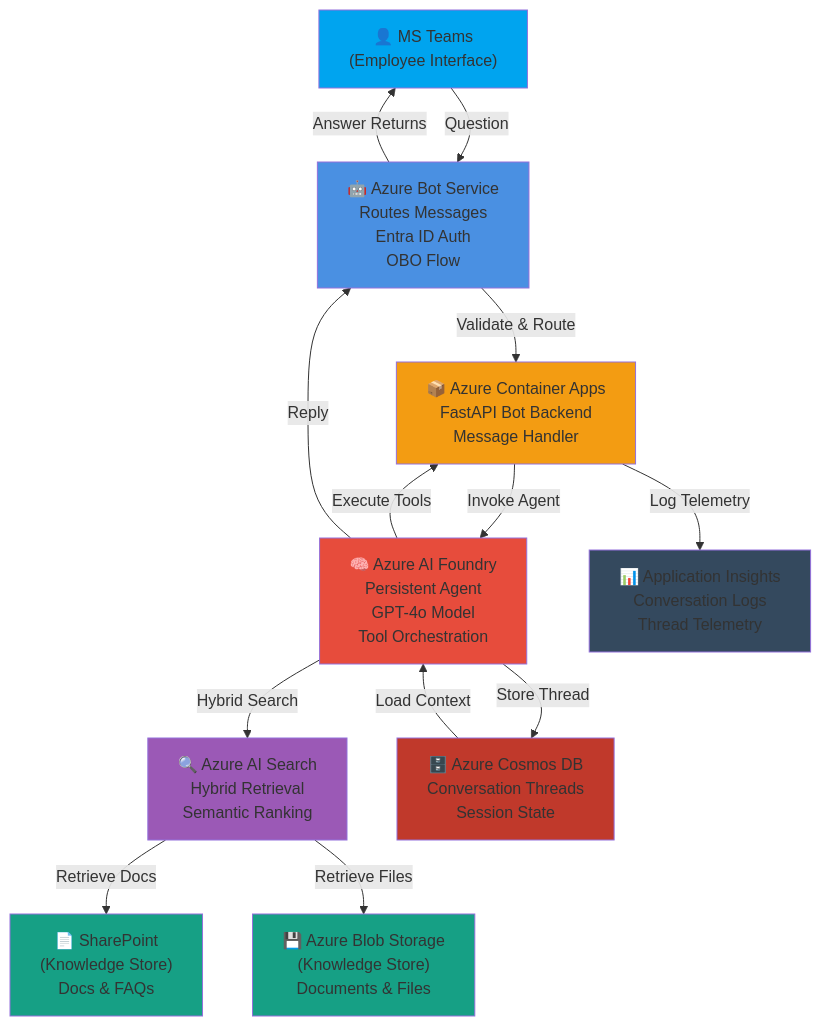
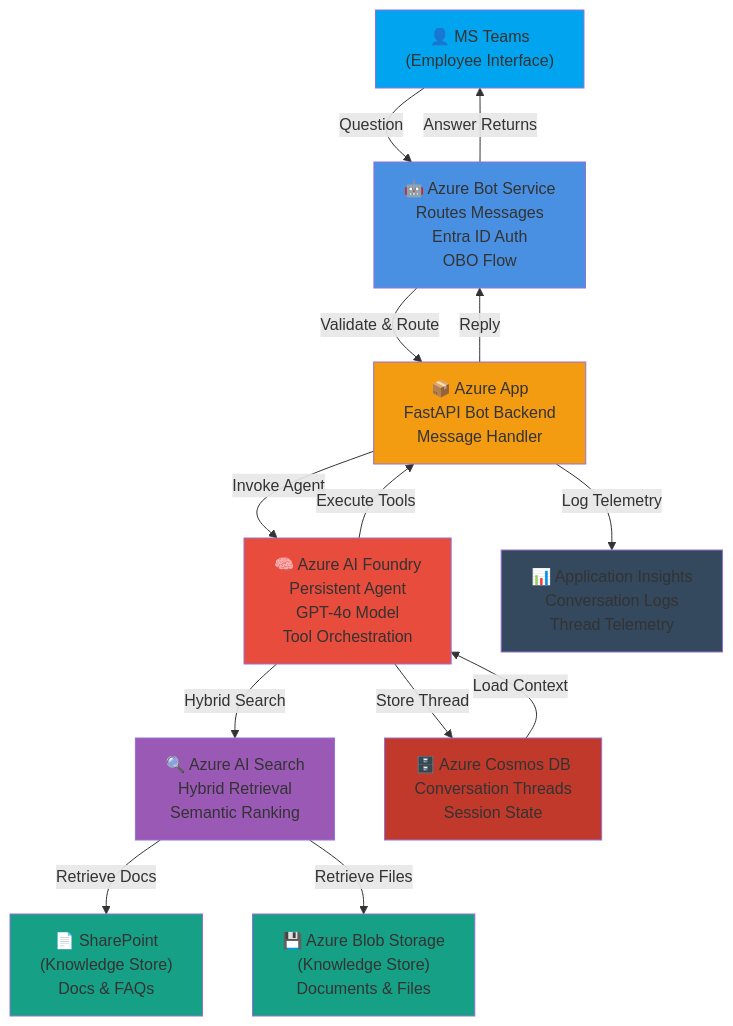
Before and after one commit to gabycb/rag-sample-copy: the first of 3 diagrams in README.md, drawn with Mermaid.

````diff
--- a/README.md
+++ b/README.md
@@ -11,36 +11,36 @@
 ```mermaid
 graph TB
     Teams["👤 MS Teams<br/>(Employee Interface)"]
     BotService["🤖 Azure Bot Service<br/>Routes Messages<br/>Entra ID Auth<br/>OBO Flow"]
-    Container["📦 Azure Container Apps<br/>FastAPI Bot Backend<br/>Message Handler"]
+    Container["📦 Azure App <br/>FastAPI Bot Backend<br/>Message Handler"]
     AIFoundry["🧠 Azure AI Foundry<br/>Persistent Agent<br/>GPT-4o Model<br/>Tool Orchestration"]
     AISearch["🔍 Azure AI Search<br/>Hybrid Retrieval<br/>Semantic Ranking"]
     
     SharePoint["📄 SharePoint<br/>(Knowledge Store)<br/>Docs & FAQs"]
     BlobStorage["💾 Azure Blob Storage<br/>(Knowledge Store)<br/>Documents & Files"]
     CosmosDB["🗄️ Azure Cosmos DB<br/>Conversation Threads<br/>Session State"]
     Telemetry["📊 Application Insights<br/>Conversation Logs<br/>Thread Telemetry"]
     
     Teams -->|Question| BotService
     BotService -->|Validate & Route| Container
     Container -->|Invoke Agent| AIFoundry
     AIFoundry -->|Execute Tools| Container
     AIFoundry -->|Hybrid Search| AISearch
     AISearch -->|Retrieve Docs| SharePoint
     AISearch -->|Retrieve Files| BlobStorage
     AIFoundry -->|Store Thread| CosmosDB
     Container -->|Log Telemetry| Telemetry
-    AIFoundry -->|Reply| BotService
+    Container -->|Reply| BotService
     BotService -->|Answer Returns| Teams
     CosmosDB -->|Load Context| AIFoundry
     
     style Teams fill:#00a4ef
     style BotService fill:#4a90e2
     style Container fill:#f39c12
     style AIFoundry fill:#e74c3c
     style AISearch fill:#9b59b6
     style SharePoint fill:#16a085
     style BlobStorage fill:#16a085
     style CosmosDB fill:#c0392b
     style Telemetry fill:#34495e
 ```
````
